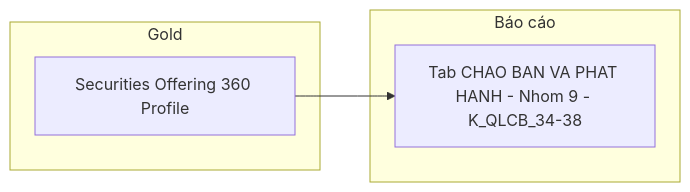
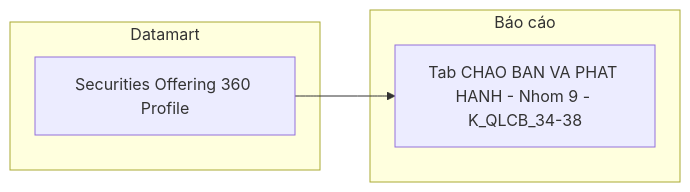
One commit to linhlvit/ubck_atomic_design changed diagram 11 of 14 in Gold/hld/GOLD_QLCB_HLD.md. Above: the diagram before and after it, drawn with Mermaid. The commit also changed other lines of this file and 8 other files, not shown here.

````diff
--- a/Gold/hld/GOLD_QLCB_HLD.md
+++ b/Gold/hld/GOLD_QLCB_HLD.md
@@ -608,10 +608,10 @@
 ```mermaid
 flowchart LR
-    subgraph GOLD["Gold"]
+    subgraph GOLD["Datamart"]
         G1["Securities Offering 360 Profile"]
     end
     subgraph RPT["Báo cáo"]
         R9["Tab CHAO BAN VA PHAT HANH - Nhom 9 - K_QLCB_34-38"]
     end
     G1 --> R9
 ```
````
